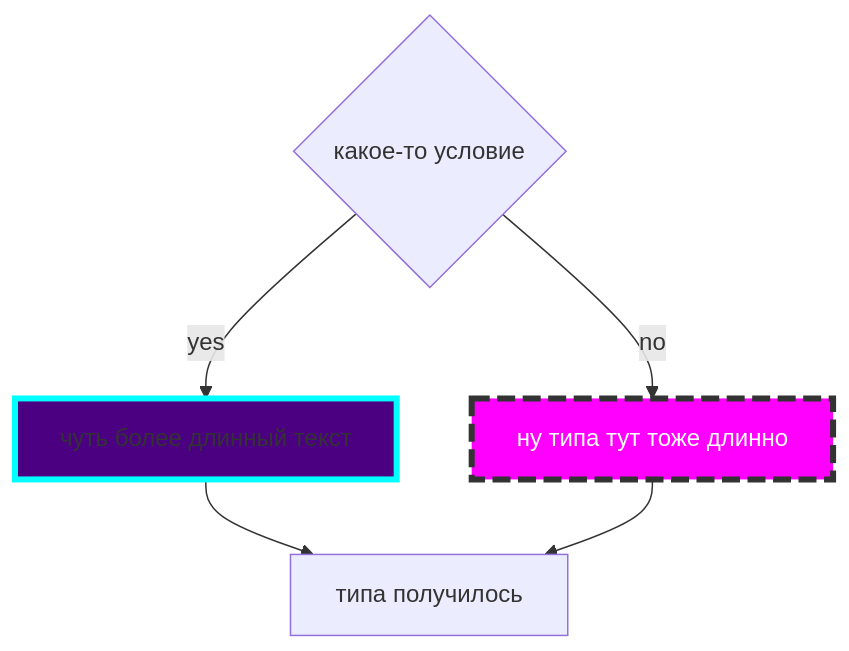
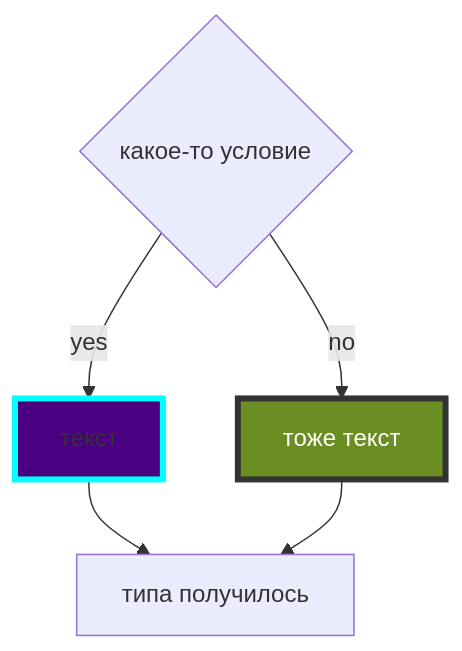
One commit to SofiiaBobr5565/Mermaid_syntax_hints_for_md changed the sixth of 7 diagrams in README.md. Above: the diagram before and after it, drawn with Mermaid.

````diff
--- a/README.md
+++ b/README.md
@@ -63,8 +63,8 @@
 ```mermaid
 flowchart TB
 style i1 fill:#4B0082,stroke:#00FFFF,stroke-width:4px
-style i2 fill:#FF00FF,stroke:#333,stroke-width:4px,color:#FFFFFF,stroke-dasharray: 12 5
+style i2 fill:#6B8E23,stroke:#333,stroke-width:4px,color:#FFFFFF
 b{какое-то условие}
-b--> |yes|i1["чуть более длинный текст"]--> i3["типа получилось"]
-b--> |no|i2["ну типа тут тоже длинно"]--> i3
+b--> |yes|i1["текст"]--> i3["типа получилось"]
+b--> |no|i2["тоже текст"]--> i3
 ```
````
